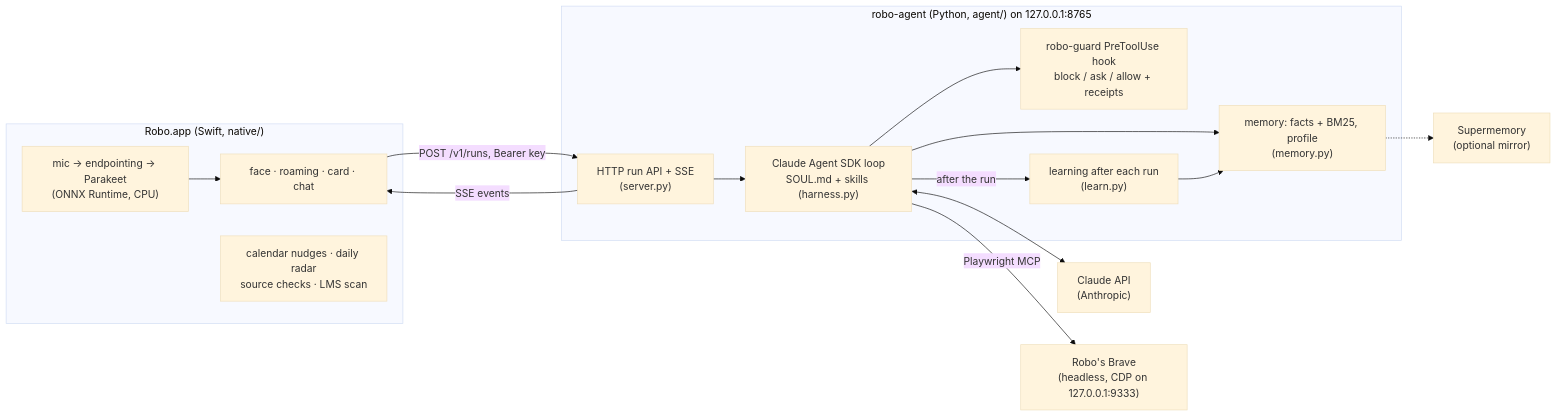
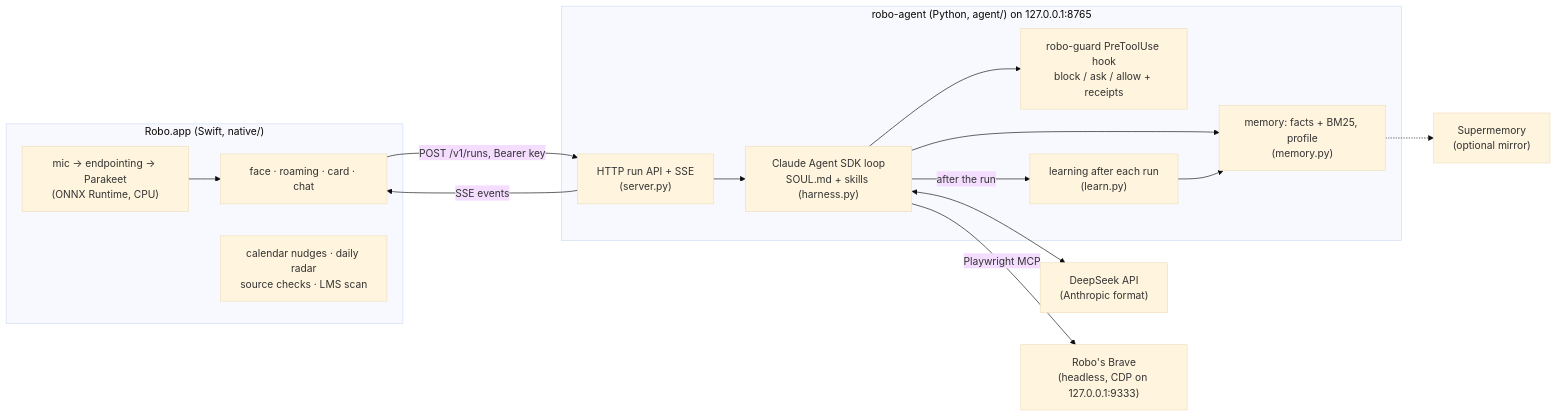
One commit to tbaolong45/robo changed the diagram in README.md. Above: the diagram before and after it, drawn with Mermaid (base theme). The commit also changed other lines of this file and 17 other files, not shown here.

First line of the commit message:
Agent: DeepSeek replaces Anthropic as the model provider

````diff
--- a/README.md
+++ b/README.md
@@ -12,30 +12,30 @@
 ```mermaid
 flowchart LR
     subgraph App["Robo.app (Swift, native/)"]
         Mic["mic → endpointing → Parakeet<br/>(ONNX Runtime, CPU)"]
         UI["face · roaming · card · chat"]
         Active["calendar nudges · daily radar<br/>source checks · LMS scan"]
     end
     subgraph Agent["robo-agent (Python, agent/) on 127.0.0.1:8765"]
         Server["HTTP run API + SSE<br/>(server.py)"]
         Harness["Claude Agent SDK loop<br/>SOUL.md + skills (harness.py)"]
         Guard["robo-guard PreToolUse hook<br/>block / ask / allow + receipts"]
         Memory["memory: facts + BM25, profile<br/>(memory.py)"]
         Learn["learning after each run<br/>(learn.py)"]
     end
-    Claude["Claude API<br/>(Anthropic)"]
+    Claude["DeepSeek API<br/>(Anthropic format)"]
     Brave["Robo's Brave<br/>(headless, CDP on 127.0.0.1:9333)"]
     SM["Supermemory<br/>(optional mirror)"]
 
     Mic --> UI
     UI -- "POST /v1/runs, Bearer key" --> Server
     Server -- "SSE events" --> UI
     Server --> Harness
     Harness --> Guard
     Harness --> Memory
     Harness -- "after the run" --> Learn
     Learn --> Memory
     Harness <--> Claude
     Harness -- "Playwright MCP" --> Brave
     Memory -.-> SM
 ```
````
